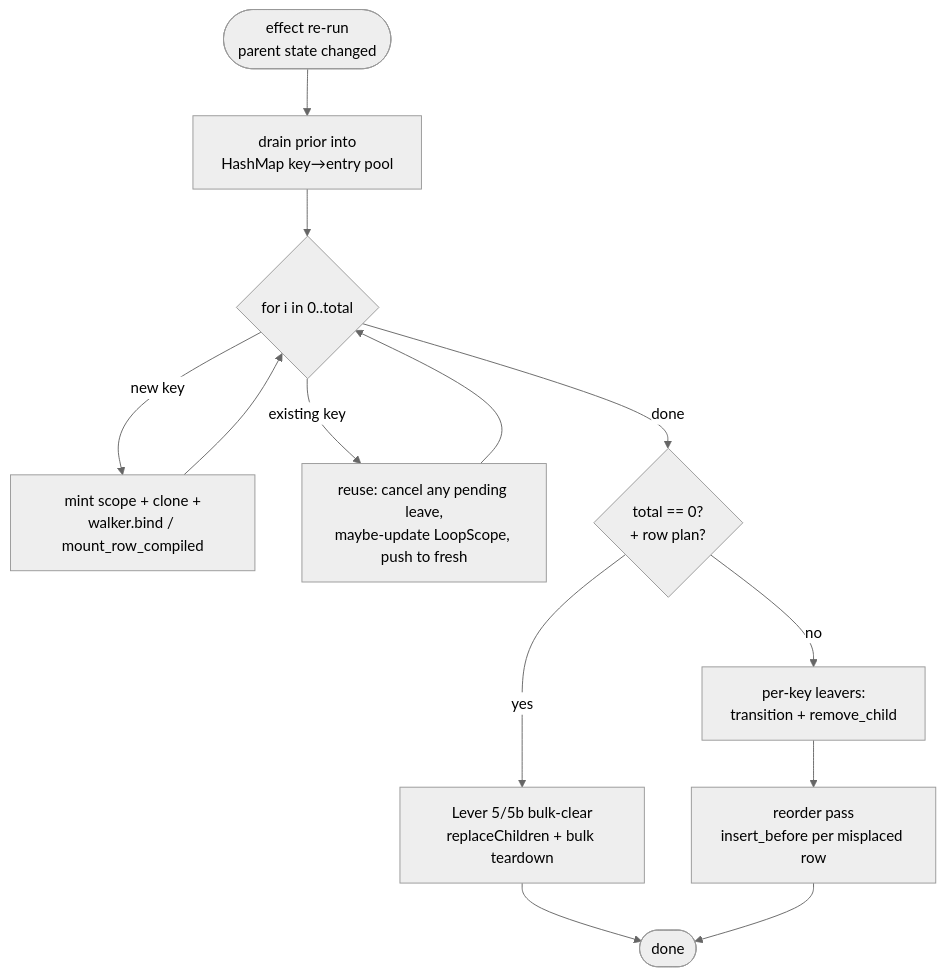
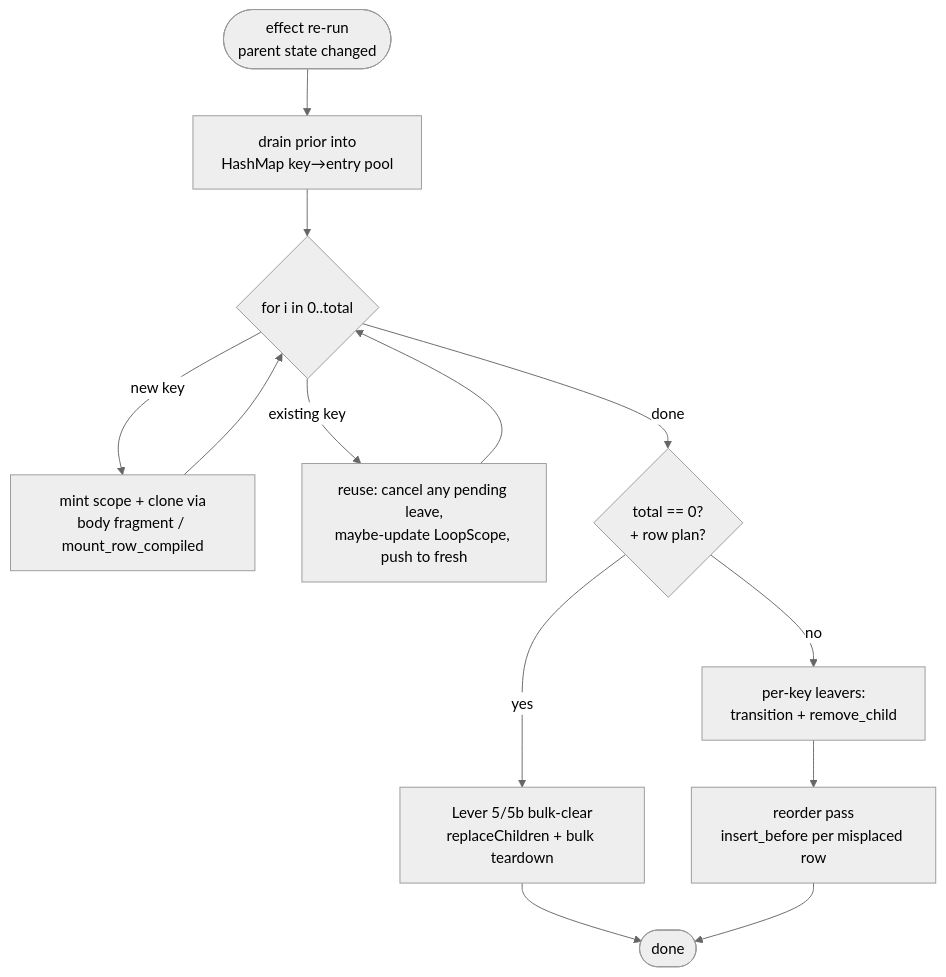
The fourth of 6 diagrams in docs/internal/performance.md (mambisi/pocopine), drawn with Mermaid (neutral theme) before and after one commit. The commit also changed other lines of this file and 12 other files, not shown here.

First line of the commit message:
docs: signals-first reactivity guides + control-flow guide

````diff
--- a/docs/internal/performance.md
+++ b/docs/internal/performance.md
@@ -145,15 +145,15 @@
 ```mermaid
 flowchart TB
   Start([effect re-run<br/>parent state changed]) --> Drain[drain prior into<br/>HashMap key→entry pool]
   Drain --> Loop{for i in 0..total}
-  Loop -- new key --> Mount[mint scope + clone +<br/>walker.bind / mount_row_compiled]
+  Loop -- new key --> Mount[mint scope + clone via<br/>body fragment / mount_row_compiled]
   Loop -- existing key --> Reuse[reuse: cancel any pending leave,<br/>maybe-update LoopScope, push to fresh]
   Mount --> Loop
   Reuse --> Loop
   Loop -- done --> ClearGuard{total == 0?<br/>+ row plan?}
   ClearGuard -- yes --> BulkClear[Lever 5/5b bulk-clear<br/>replaceChildren + bulk teardown]
   ClearGuard -- no --> Leavers[per-key leavers:<br/>transition + remove_child]
   Leavers --> Reorder[reorder pass<br/>insert_before per misplaced row]
   BulkClear --> End([done])
   Reorder --> End
 ```
````
